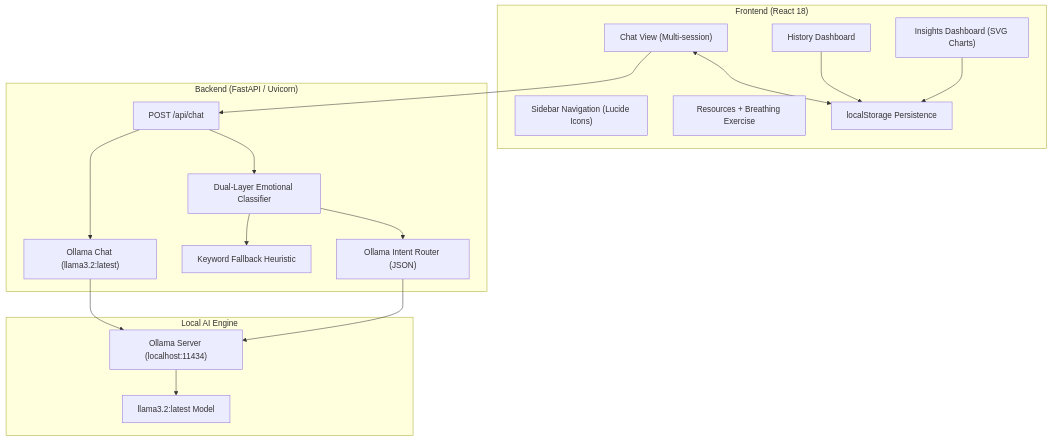
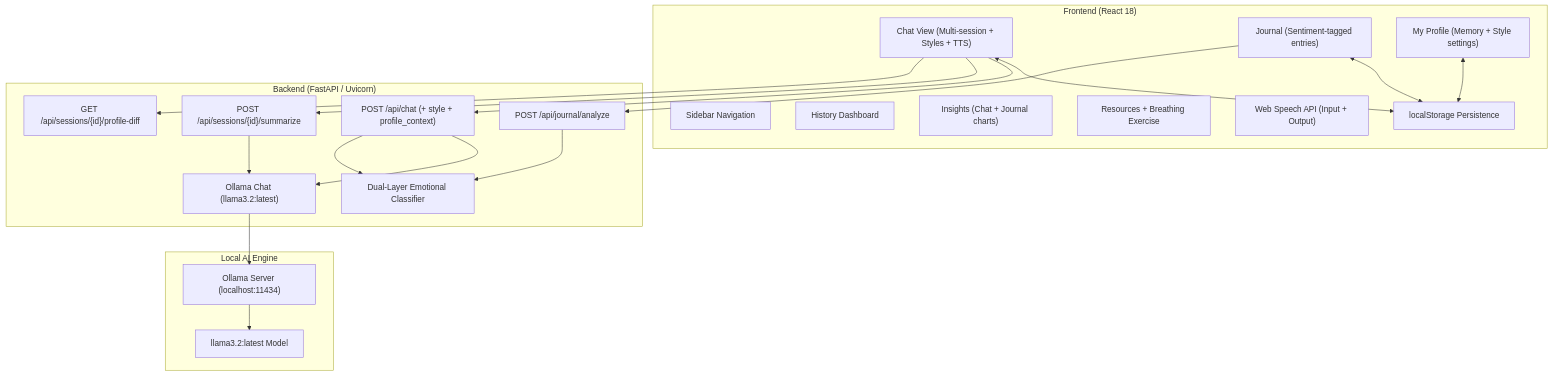
The diagram in README.md (Giancyril/Nereid-therapist), drawn with Mermaid before and after one commit. The commit also changed other lines of this file, not shown here.

````diff
--- a/README.md
+++ b/README.md
@@ -54,36 +108,42 @@
 ```mermaid
 graph TD
     subgraph Client ["Frontend (React 18)"]
-        Sidebar["Sidebar Navigation (Lucide Icons)"]
-        ChatView["Chat View (Multi-session)"]
+        Sidebar["Sidebar Navigation"]
+        ChatView["Chat View (Multi-session + Styles + TTS)"]
+        JournalView["Journal (Sentiment-tagged entries)"]
         HistoryView["History Dashboard"]
+        ProfileView["My Profile (Memory + Style settings)"]
+        InsightsView["Insights (Chat + Journal charts)"]
         ResourcesView["Resources + Breathing Exercise"]
-        InsightsView["Insights Dashboard (SVG Charts)"]
+        VoiceIO["Web Speech API (Input + Output)"]
         LocalStore["localStorage Persistence"]
     end
 
     subgraph Server ["Backend (FastAPI / Uvicorn)"]
-        ChatEndpoint["POST /api/chat"]
+        ChatEndpoint["POST /api/chat (+ style + profile_context)"]
+        JournalEndpoint["POST /api/journal/analyze"]
+        SummarizeEndpoint["POST /api/sessions/{id}/summarize"]
+        DiffEndpoint["GET /api/sessions/{id}/profile-diff"]
         Classifier["Dual-Layer Emotional Classifier"]
-        OllamaRouter["Ollama Intent Router (JSON)"]
-        KeywordFallback["Keyword Fallback Heuristic"]
         OllamaChat["Ollama Chat (llama3.2:latest)"]
     end
 
     subgraph AI ["Local AI Engine"]
         OllamaServer["Ollama Server (localhost:11434)"]
         LLM["llama3.2:latest Model"]
     end
 
     ChatView <--> LocalStore
+    JournalView <--> LocalStore
+    ProfileView <--> LocalStore
     ChatView --> ChatEndpoint
-    HistoryView --> LocalStore
-    InsightsView --> LocalStore
+    JournalView --> JournalEndpoint
+    ChatView --> SummarizeEndpoint
+    ChatView --> DiffEndpoint
     ChatEndpoint --> OllamaChat
     ChatEndpoint --> Classifier
-    Classifier --> OllamaRouter
-    Classifier --> KeywordFallback
+    SummarizeEndpoint --> OllamaChat
+    JournalEndpoint --> Classifier
     OllamaChat --> OllamaServer
-    OllamaRouter --> OllamaServer
     OllamaServer --> LLM
 ```
````
